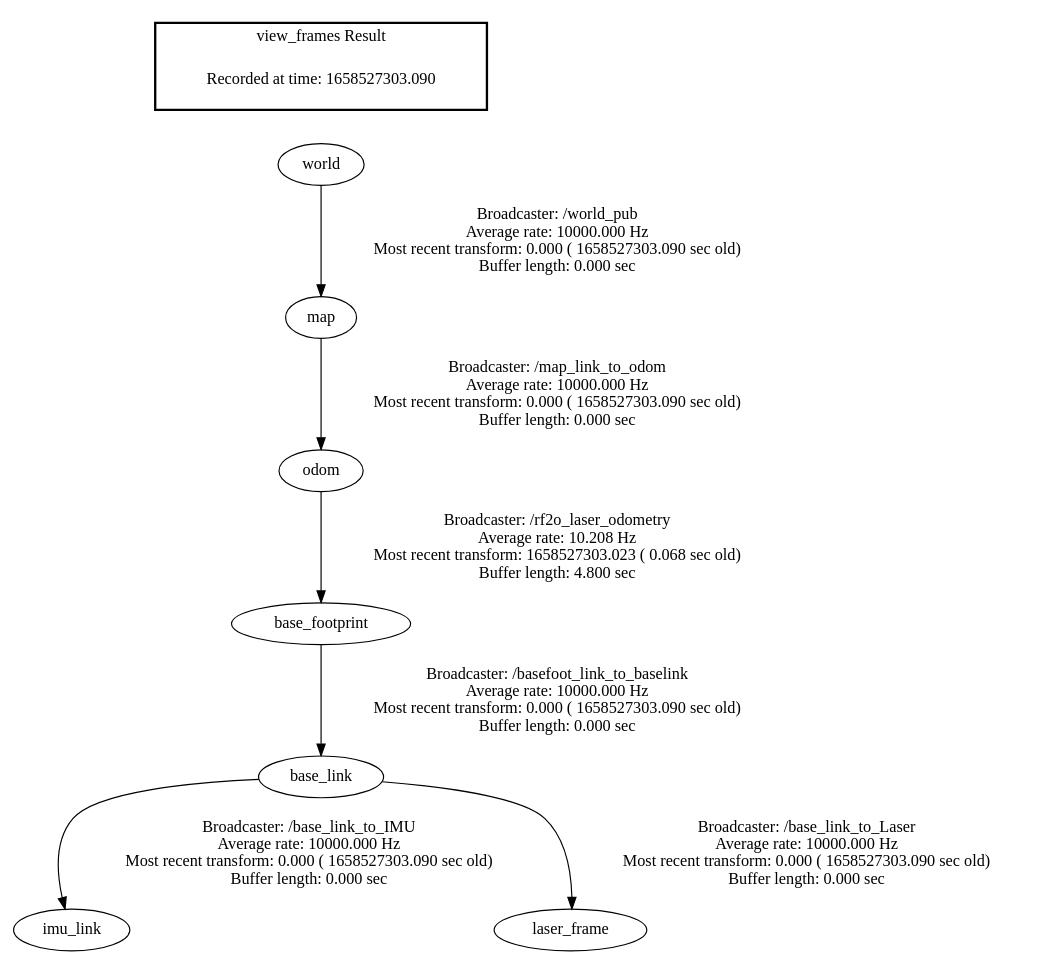
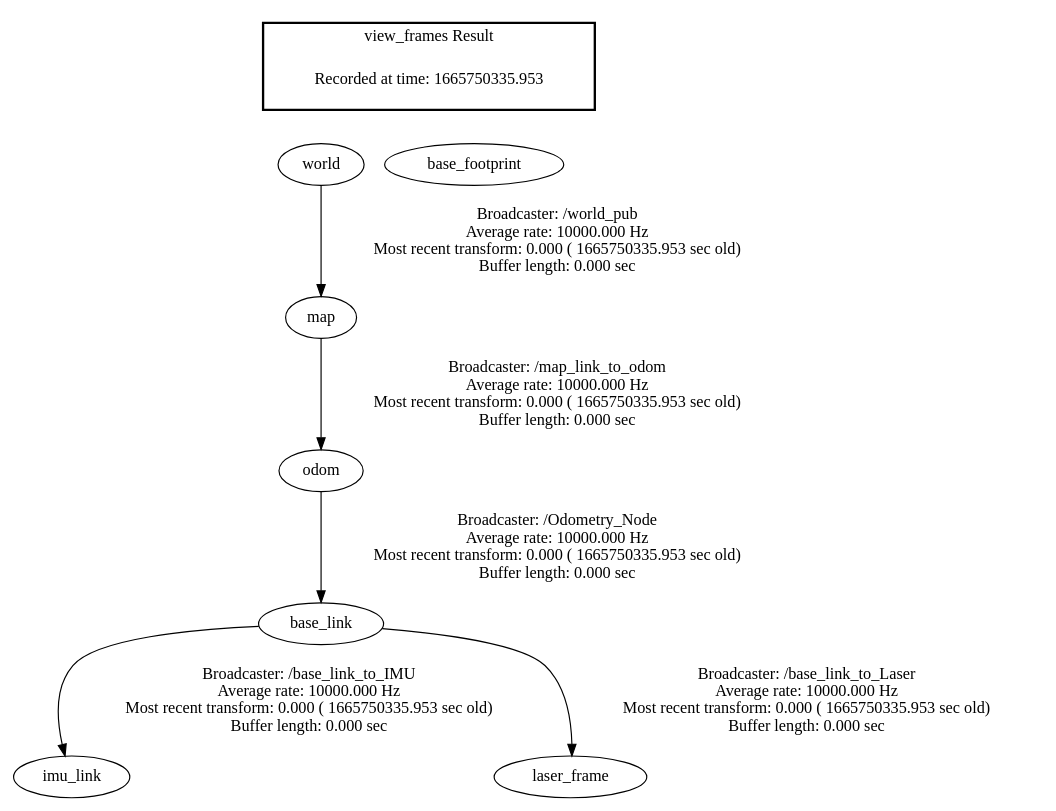
The diagram in frames.gv (vidigaleandro/F1bot), drawn with Graphviz before and after one commit. The commit also changed 10 other files, not shown here.

```diff
--- a/frames.gv
+++ b/frames.gv
@@ -1,12 +1,15 @@
 digraph G {
-"map" -> "odom"[label="Broadcaster: /map_link_to_odom\nAverage rate: 10000.000 Hz\nMost recent transform: 0.000 ( 1658527303.090 sec old)\nBuffer length: 0.000 sec\n"];
-"world" -> "map"[label="Broadcaster: /world_pub\nAverage rate: 10000.000 Hz\nMost recent transform: 0.000 ( 1658527303.090 sec old)\nBuffer length: 0.000 sec\n"];
-"base_footprint" -> "base_link"[label="Broadcaster: /basefoot_link_to_baselink\nAverage rate: 10000.000 Hz\nMost recent transform: 0.000 ( 1658527303.090 sec old)\nBuffer length: 0.000 sec\n"];
-"odom" -> "base_footprint"[label="Broadcaster: /rf2o_laser_odometry\nAverage rate: 10.208 Hz\nMost recent transform: 1658527303.023 ( 0.068 sec old)\nBuffer length: 4.800 sec\n"];
-"base_link" -> "imu_link"[label="Broadcaster: /base_link_to_IMU\nAverage rate: 10000.000 Hz\nMost recent transform: 0.000 ( 1658527303.090 sec old)\nBuffer length: 0.000 sec\n"];
-"base_link" -> "laser_frame"[label="Broadcaster: /base_link_to_Laser\nAverage rate: 10000.000 Hz\nMost recent transform: 0.000 ( 1658527303.090 sec old)\nBuffer length: 0.000 sec\n"];
+"map" -> "odom"[label="Broadcaster: /map_link_to_odom\nAverage rate: 10000.000 Hz\nMost recent transform: 0.000 ( 1665750335.953 sec old)\nBuffer length: 0.000 sec\n"];
+"world" -> "map"[label="Broadcaster: /world_pub\nAverage rate: 10000.000 Hz\nMost recent transform: 0.000 ( 1665750335.953 sec old)\nBuffer length: 0.000 sec\n"];
+"odom" -> "base_link"[label="Broadcaster: /Odometry_Node\nAverage rate: 10000.000 Hz\nMost recent transform: 0.000 ( 1665750335.953 sec old)\nBuffer length: 0.000 sec\n"];
+"base_link" -> "imu_link"[label="Broadcaster: /base_link_to_IMU\nAverage rate: 10000.000 Hz\nMost recent transform: 0.000 ( 1665750335.953 sec old)\nBuffer length: 0.000 sec\n"];
+"base_link" -> "laser_frame"[label="Broadcaster: /base_link_to_Laser\nAverage rate: 10000.000 Hz\nMost recent transform: 0.000 ( 1665750335.953 sec old)\nBuffer length: 0.000 sec\n"];
 edge [style=invis];
  subgraph cluster_legend { style=bold; color=black; label ="view_frames Result";
-"Recorded at time: 1658527303.090"[ shape=plaintext ] ;
+"Recorded at time: 1665750335.953"[ shape=plaintext ] ;
+ }->"base_footprint";
+edge [style=invis];
+ subgraph cluster_legend { style=bold; color=black; label ="view_frames Result";
+"Recorded at time: 1665750335.953"[ shape=plaintext ] ;
  }->"world";
 }
```
